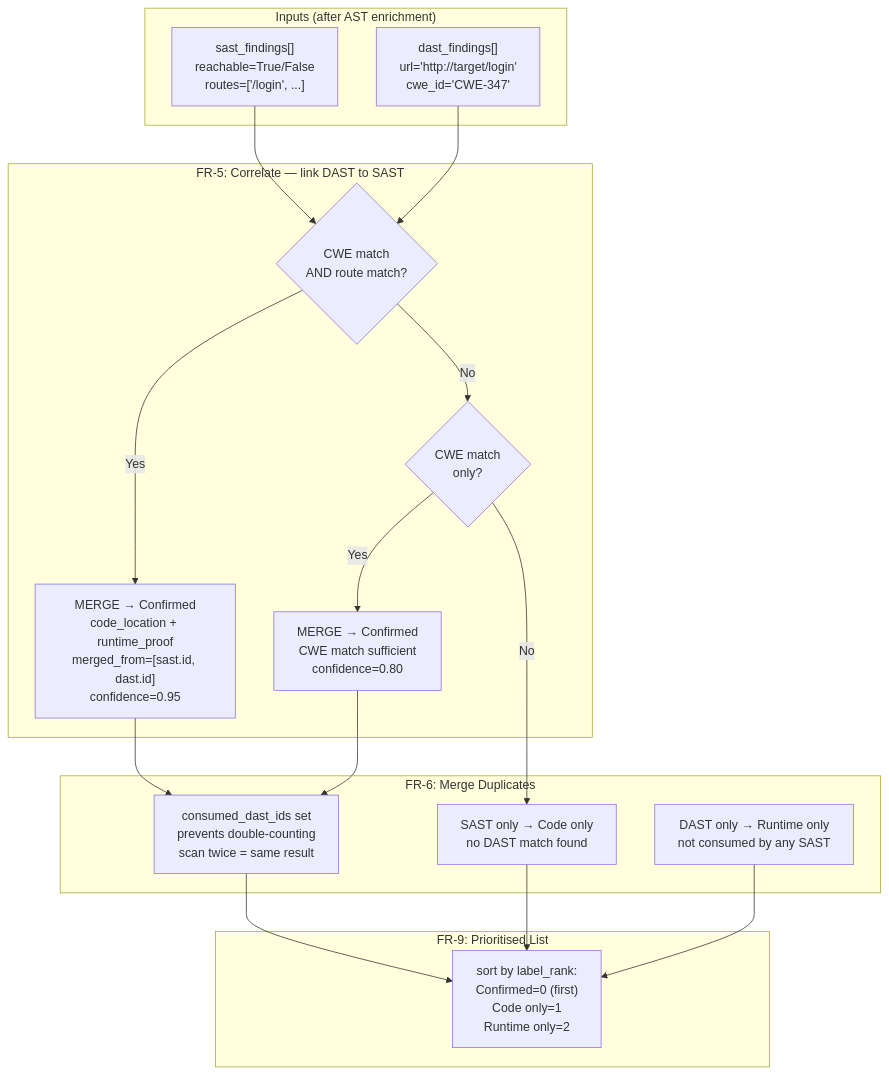
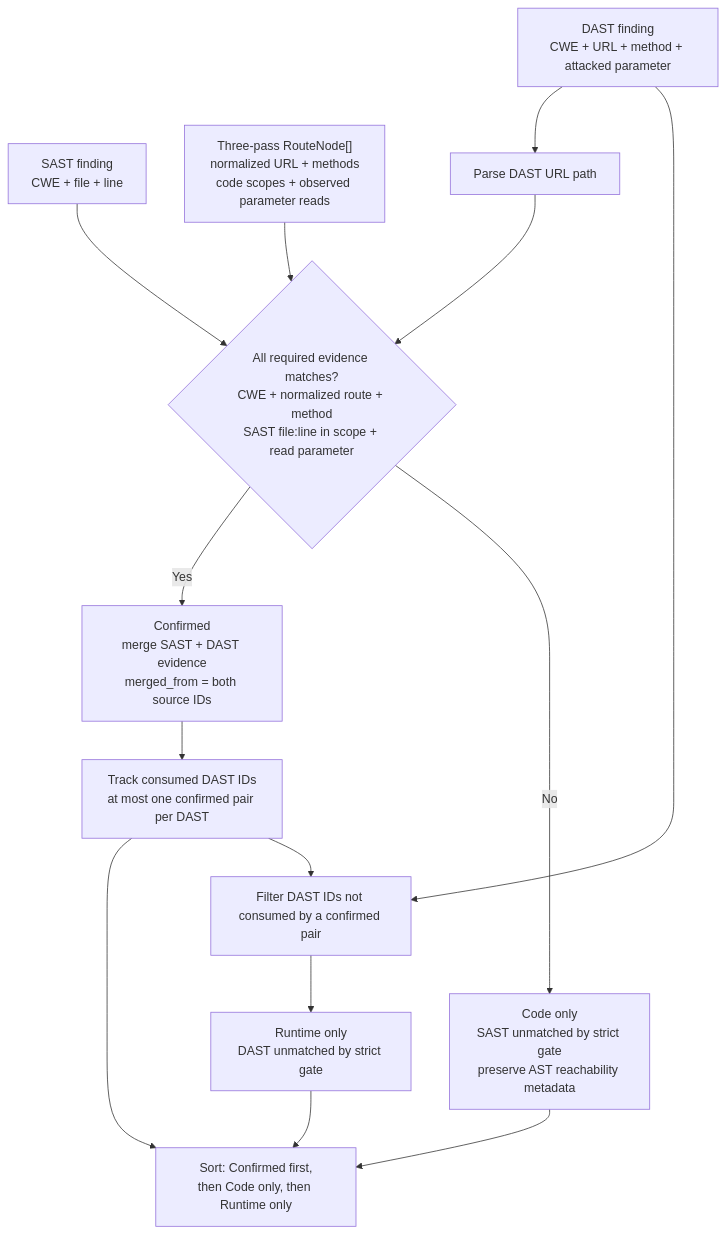
One commit to Halcyora/mitigata changed the ninth of 25 diagrams in docs/P06-Architecture.md. Above: the diagram before and after it, drawn with Mermaid. The commit also changed other lines of this file and 2 other files, not shown here.

First line of the commit message:
Enhance SAST-DAST correlation engine with strict evidence requirements

````diff
--- a/docs/P06-Architecture.md
+++ b/docs/P06-Architecture.md
@@ -323,34 +331,24 @@
 ```mermaid
 flowchart TD
-    subgraph INPUTS["Inputs (after AST enrichment)"]
-        SF["sast_findings[]\nreachable=True/False\nroutes=['/login', ...]"]
-        DF["dast_findings[]\nurl='http://target/login'\ncwe_id='CWE-347'"]
-    end
+    SAST["SAST finding\nCWE + file + line"]
+    DAST["DAST finding\nCWE + URL + method + attacked parameter"]
+    ROUTES["Three-pass RouteNode[]\nnormalized URL + methods\ncode scopes + observed parameter reads"]
 
-    subgraph FR5["FR-5: Correlate — link DAST to SAST"]
-        JOIN1{CWE match\nAND route match?}
-        JOIN2{CWE match\nonly?}
-        CONF["MERGE → Confirmed\ncode_location + runtime_proof\nmerged_from=[sast.id, dast.id]\nconfidence=0.95"]
-        CONF2["MERGE → Confirmed\nCWE match sufficient\nconfidence=0.80"]
-    end
+    PATH["Parse DAST URL path"]
+    MATCH{"All required evidence matches?\nCWE + normalized route + method\nSAST file:line in scope + read parameter"}
+    CONFIRMED["Confirmed\nmerge SAST + DAST evidence\nmerged_from = both source IDs"]
+    CODE["Code only\nSAST unmatched by strict gate\npreserve AST reachability metadata"]
+    RUNTIME["Runtime only\nDAST unmatched by strict gate"]
+    DEDUP["Track consumed DAST IDs\nat most one confirmed pair per DAST"]
+    SORT["Sort: Confirmed first,\nthen Code only, then Runtime only"]
+    LEFT["Filter DAST IDs not consumed by a confirmed pair"]
 
-    subgraph FR6["FR-6: Merge Duplicates"]
-        DEDUP["consumed_dast_ids set\nprevents double-counting\nscan twice = same result"]
-        SONLY["SAST only → Code only\nno DAST match found"]
-        DONLY["DAST only → Runtime only\nnot consumed by any SAST"]
-    end
-
-    subgraph SORT["FR-9: Prioritised List"]
-        SORTED["sort by label_rank:\nConfirmed=0 (first)\nCode only=1\nRuntime only=2"]
-    end
-
-    SF --> JOIN1
-    DF --> JOIN1
-    JOIN1 -->|Yes| CONF --> DEDUP
-    JOIN1 -->|No| JOIN2
-    JOIN2 -->|Yes| CONF2 --> DEDUP
-    JOIN2 -->|No| SONLY
-    DEDUP --> SORTED
-    SONLY --> SORTED
-    DONLY --> SORTED
+    SAST --> MATCH
+    DAST --> PATH --> MATCH
+    ROUTES --> MATCH
+    MATCH -->|Yes| CONFIRMED --> DEDUP --> SORT
+    MATCH -->|No| CODE --> SORT
+    DAST --> LEFT
+    DEDUP --> LEFT
+    LEFT --> RUNTIME --> SORT
 ```
````
